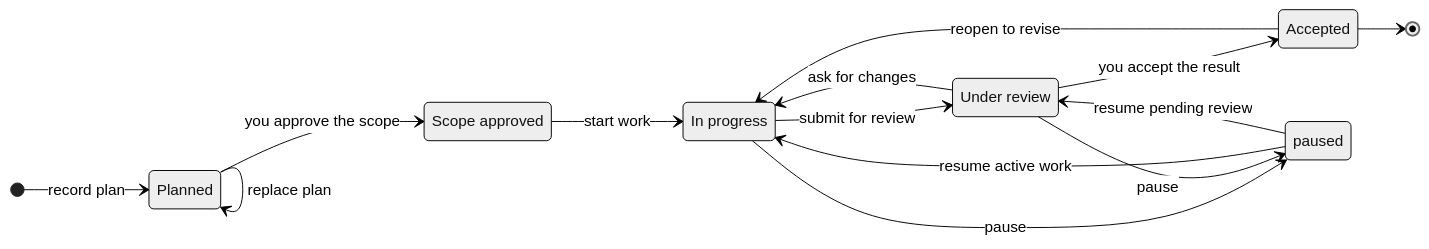
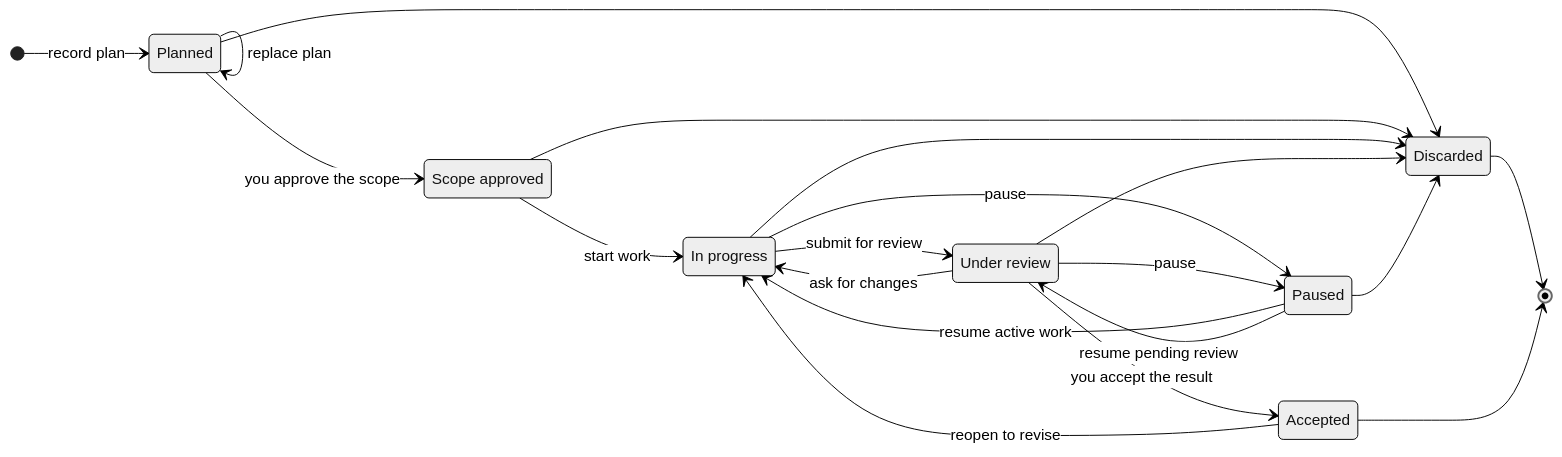
Before and after one commit to kyungseo/colvia: the sixth of 14 diagrams in manual/en/architecture.md, drawn with Mermaid (neutral theme). The commit also changed other lines of this file and 74 other files, not shown here.

````diff
--- a/manual/en/architecture.md
+++ b/manual/en/architecture.md
@@ -266,23 +266,32 @@
 ```mermaid
 stateDiagram-v2
     direction LR
     state "Planned" as planned
     state "Scope approved" as approved
     state "In progress" as active
     state "Under review" as review
     state "Accepted" as completed
 
     [*] --> planned: record plan
     planned --> planned: replace plan
     planned --> approved: you approve the scope
     approved --> active: start work
     active --> review: submit for review
     review --> completed: you accept the result
     review --> active: ask for changes
     completed --> active: reopen to revise
     active --> paused: pause
     review --> paused: pause
     paused --> active: resume active work
     paused --> review: resume pending review
+    %% Discarding or replacing an unfinished Work leaves its original record discarded.
+    planned --> discarded
+    approved --> discarded
+    active --> discarded
+    review --> discarded
+    paused --> discarded
+    discarded --> [*]
+    state "Discarded" as discarded
+    state "Paused" as paused
     completed --> [*]
 ```
````
